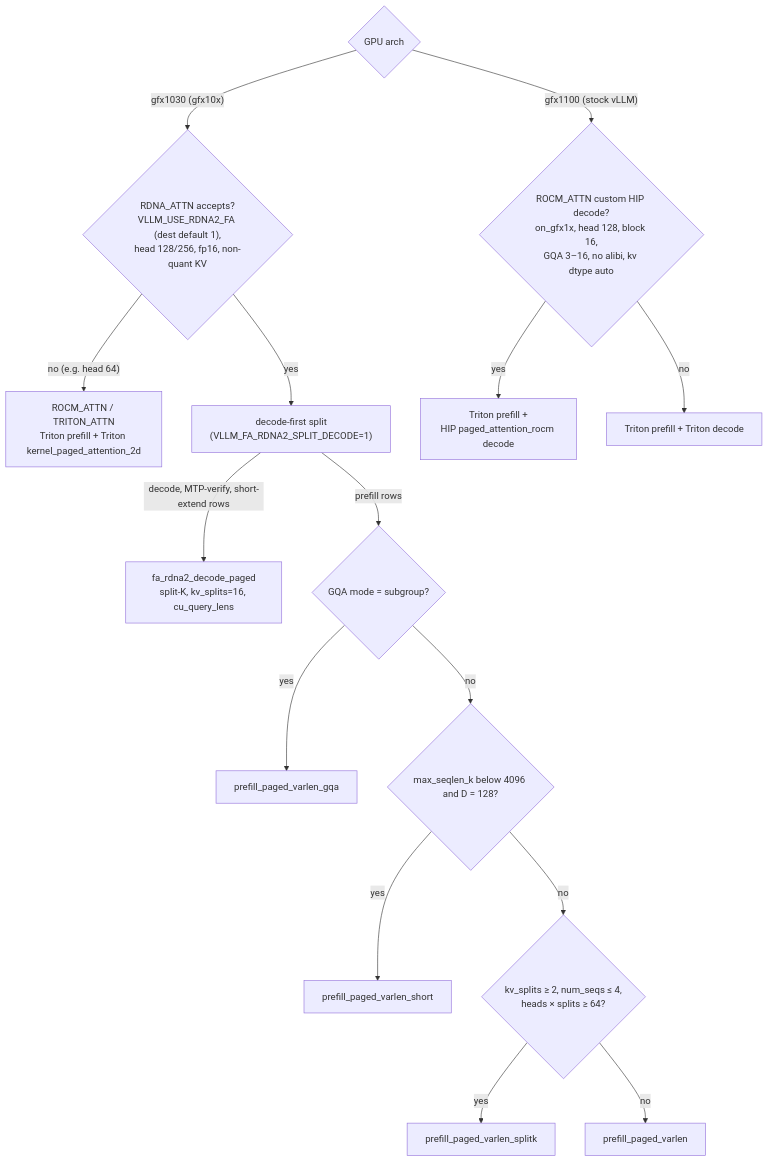
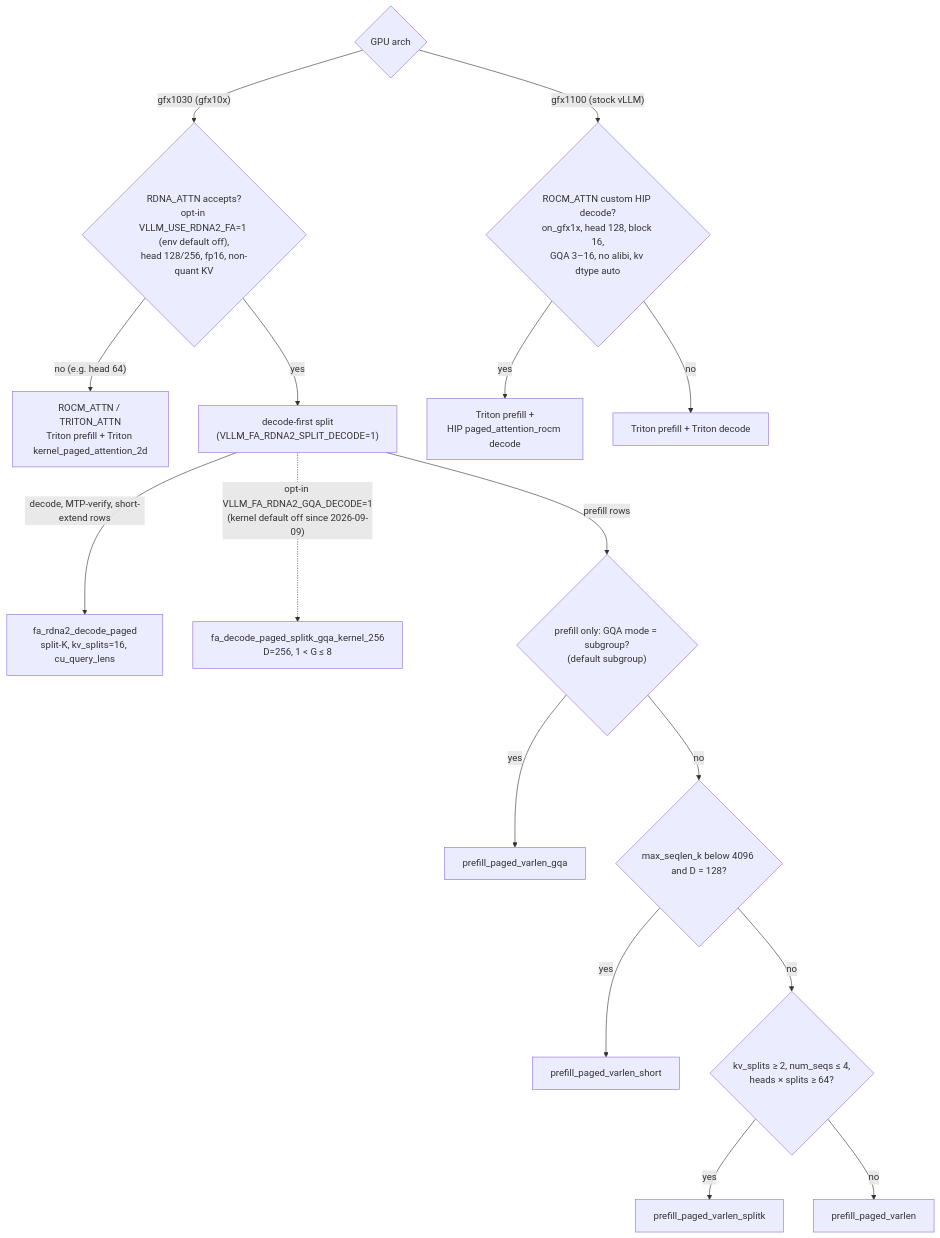
Before and after one commit to BlivionIaG/rdna-hip-wiki: the diagram in engine/attention/attention-dispatch.md, drawn with Mermaid. The commit also changed other lines of this file and 33 other files, not shown here.

Commit message:
engine/: PR #9 review fixes — historical branch names, serve locks → fork/serve-locks.md, ROCm/DRM gates, RDNA_ATTN opt-in, occupancy state, rdna_ar, tooling-wiki pointer

````diff
--- a/engine/attention/attention-dispatch.md
+++ b/engine/attention/attention-dispatch.md
@@ -25,17 +25,18 @@
 ```mermaid
 flowchart TD
-  A{"GPU arch"} -->|"gfx1030 (gfx10x)"| R2{"RDNA_ATTN accepts?<br/>VLLM_USE_RDNA2_FA (dest default 1),<br/>head 128/256, fp16, non-quant KV"}
+  A{"GPU arch"} -->|"gfx1030 (gfx10x)"| R2{"RDNA_ATTN accepts?<br/>opt-in VLLM_USE_RDNA2_FA=1 (env default off),<br/>head 128/256, fp16, non-quant KV"}
   R2 -- "no (e.g. head 64)" --> TR["ROCM_ATTN / TRITON_ATTN<br/>Triton prefill + Triton kernel_paged_attention_2d"]
   R2 -- "yes" --> SPLIT["decode-first split<br/>(VLLM_FA_RDNA2_SPLIT_DECODE=1)"]
   SPLIT -->|"decode, MTP-verify, short-extend rows"| DEC["fa_rdna2_decode_paged<br/>split-K, kv_splits=16, cu_query_lens"]
-  SPLIT -->|"prefill rows"| G{"GQA mode = subgroup?"}
+  SPLIT -.->|"opt-in VLLM_FA_RDNA2_GQA_DECODE=1<br/>(kernel default off since 2026-09-09)"| GD["fa_decode_paged_splitk_gqa_kernel_256<br/>D=256, 1 < G ≤ 8"]
+  SPLIT -->|"prefill rows"| G{"prefill only: GQA mode = subgroup?<br/>(default subgroup)"}
   G -- "yes" --> PG["prefill_paged_varlen_gqa"]
   G -- "no" --> SH{"max_seqlen_k below 4096 and D = 128?"}
   SH -- "yes" --> PS["prefill_paged_varlen_short"]
   SH -- "no" --> SK{"kv_splits ≥ 2, num_seqs ≤ 4,<br/>heads × splits ≥ 64?"}
   SK -- "yes" --> PK["prefill_paged_varlen_splitk"]
   SK -- "no" --> PV["prefill_paged_varlen"]
   A -->|"gfx1100 (stock vLLM)"| R3{"ROCM_ATTN custom HIP decode?<br/>on_gfx1x, head 128, block 16,<br/>GQA 3–16, no alibi, kv dtype auto"}
   R3 -- "yes" --> H3["Triton prefill +<br/>HIP paged_attention_rocm decode"]
   R3 -- "no" --> T3["Triton prefill + Triton decode"]
 ```
````
